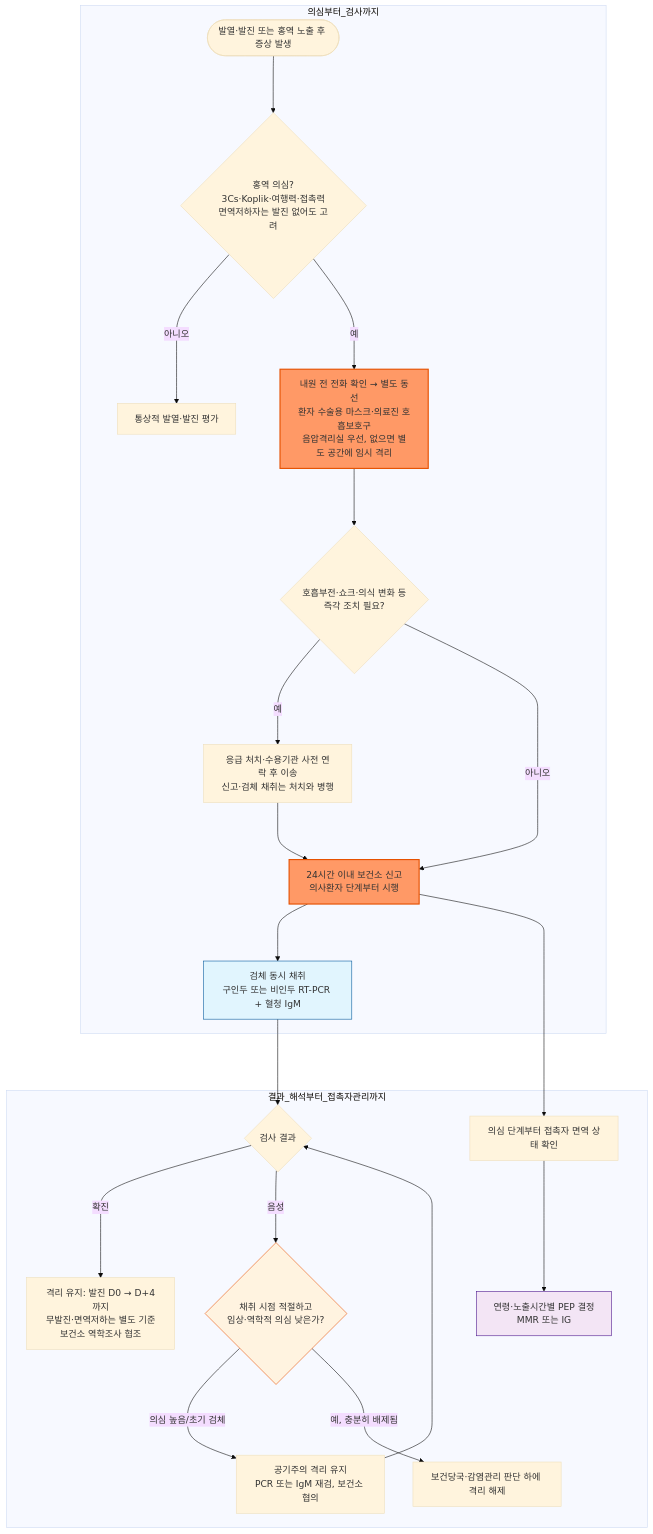
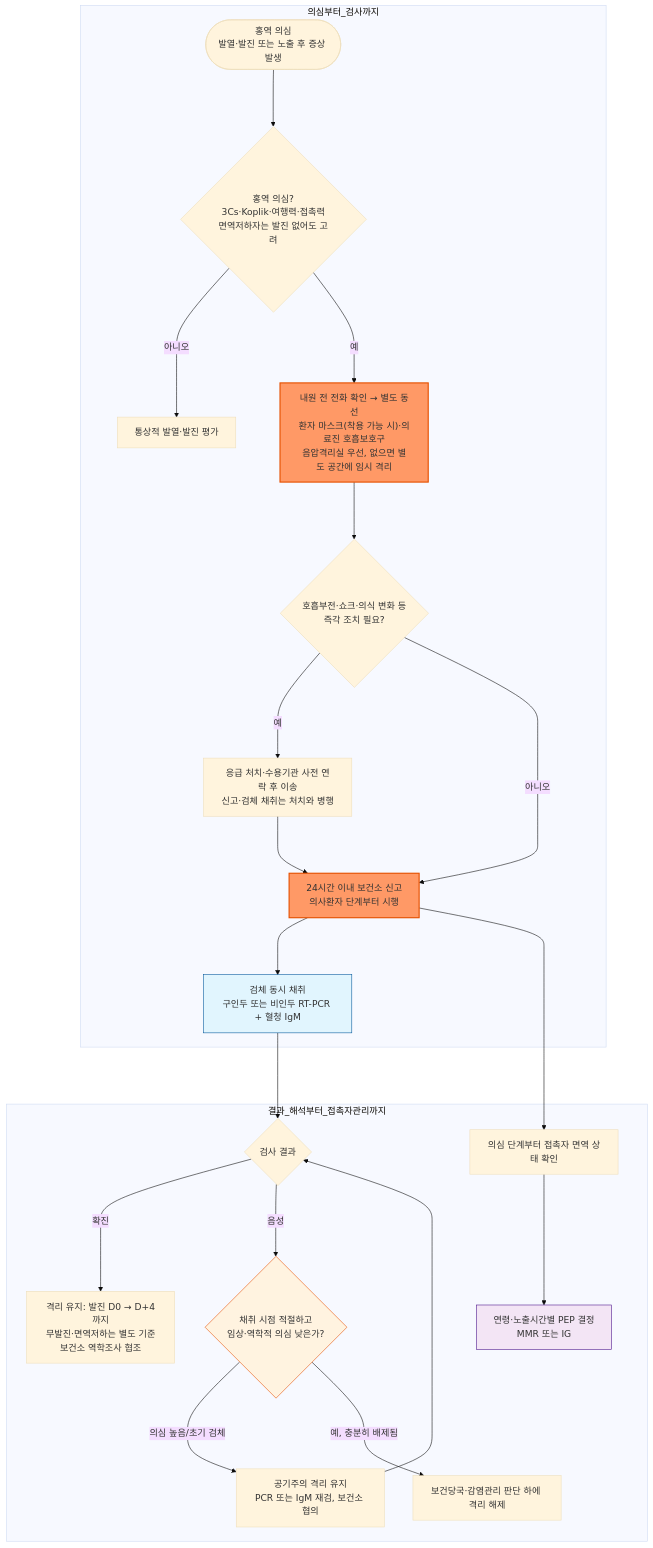
Before and after one commit to familyoh77/familyoh77: the diagram in 230_/195_-measles.md, drawn with Mermaid (base theme). The commit also changed other lines of this file and 16 other files, not shown here.

````diff
--- a/230_/195_-measles.md
+++ b/230_/195_-measles.md
@@ -126,28 +127,28 @@
 ```mermaid
 graph TD
     subgraph 의심부터_검사까지
-    A(["발열·발진 또는 홍역 노출 후 증상 발생"]) ---> B{"홍역 의심?<br/>3Cs·Koplik·여행력·접촉력<br/>면역저하자는 발진 없어도 고려"}
+    A(["홍역 의심<br/>발열·발진 또는 노출 후 증상 발생"]) ---> B{"홍역 의심?<br/>3Cs·Koplik·여행력·접촉력<br/>면역저하자는 발진 없어도 고려"}
     B -- 아니오 ---> C["통상적 발열·발진 평가"]
-    B -- 예 ---> D["내원 전 전화 확인 → 별도 동선<br/>환자 수술용 마스크·의료진 호흡보호구<br/>음압격리실 우선, 없으면 별도 공간에 임시 격리"]
+    B -- 예 ---> D["내원 전 전화 확인 → 별도 동선<br/>환자 마스크(착용 가능 시)·의료진 호흡보호구<br/>음압격리실 우선, 없으면 별도 공간에 임시 격리"]
     D ---> U{"호흡부전·쇼크·의식 변화 등<br/>즉각 조치 필요?"}
     U -- 예 ---> U1["응급 처치·수용기관 사전 연락 후 이송<br/>신고·검체 채취는 처치와 병행"]
     U -- 아니오 ---> E["24시간 이내 보건소 신고<br/>의사환자 단계부터 시행"]
     U1 ---> E
     E ---> F["검체 동시 채취<br/>구인두 또는 비인두 RT-PCR + 혈청 IgM"]
     end
     subgraph 결과_해석부터_접촉자관리까지
     F ---> G{"검사 결과"}
     G -- 확진 ---> H["격리 유지: 발진 D0 → D+4까지<br/>무발진·면역저하는 별도 기준<br/>보건소 역학조사 협조"]
     G -- 음성 ---> L{"채취 시점 적절하고<br/>임상·역학적 의심 낮은가?"}
     L -- 의심 높음/초기 검체 ---> M["공기주의 격리 유지<br/>PCR 또는 IgM 재검, 보건소 협의"]
     M ---> G
     L -- 예, 충분히 배제됨 ---> I["보건당국·감염관리 판단 하에 격리 해제"]
     E ---> J["의심 단계부터 접촉자 면역 상태 확인"]
     J ---> K["연령·노출시간별 PEP 결정<br/>MMR 또는 IG"]
     end
     style D fill:#f96,stroke:#e65100,stroke-width:2px
     style E fill:#f96,stroke:#e65100,stroke-width:2px
     style F fill:#e1f5fe,stroke:#01579b
     style L fill:#fff3e0,stroke:#e65100
     style K fill:#f3e5f5,stroke:#4a148c
 ```
````
